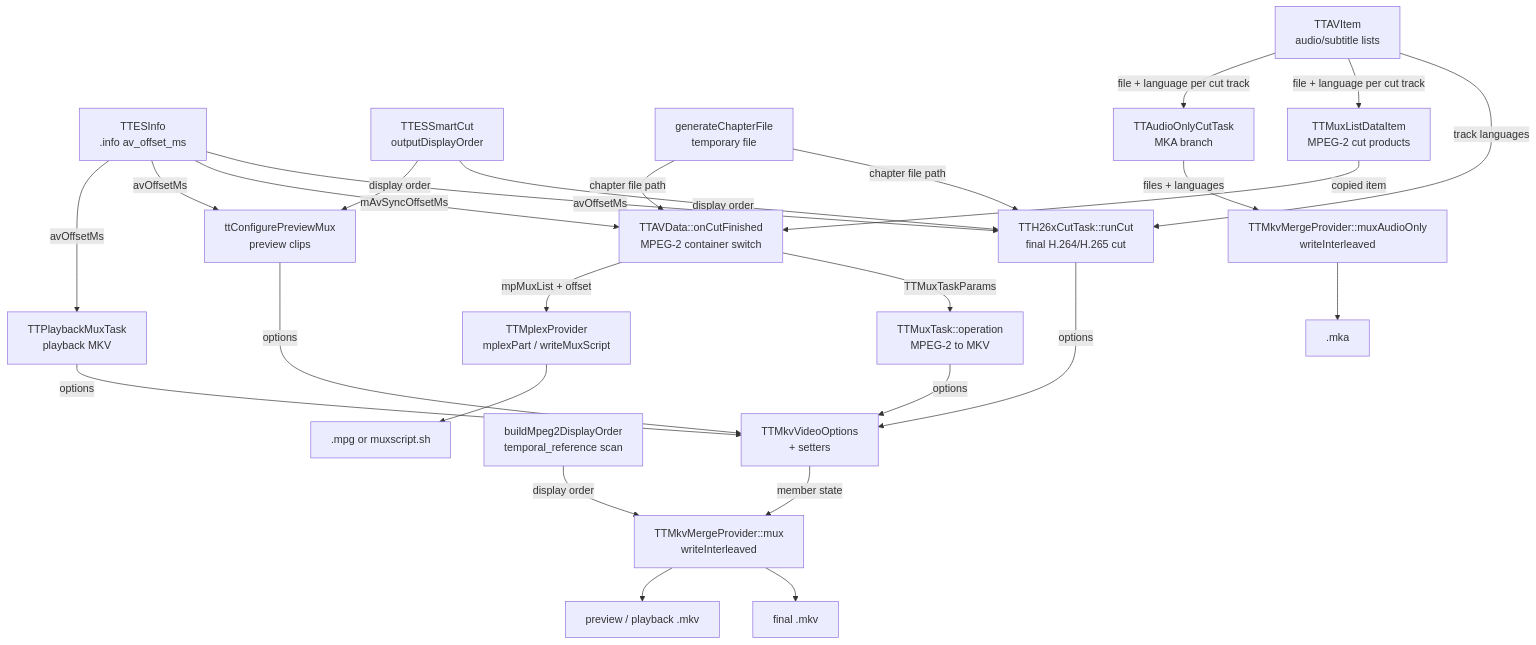
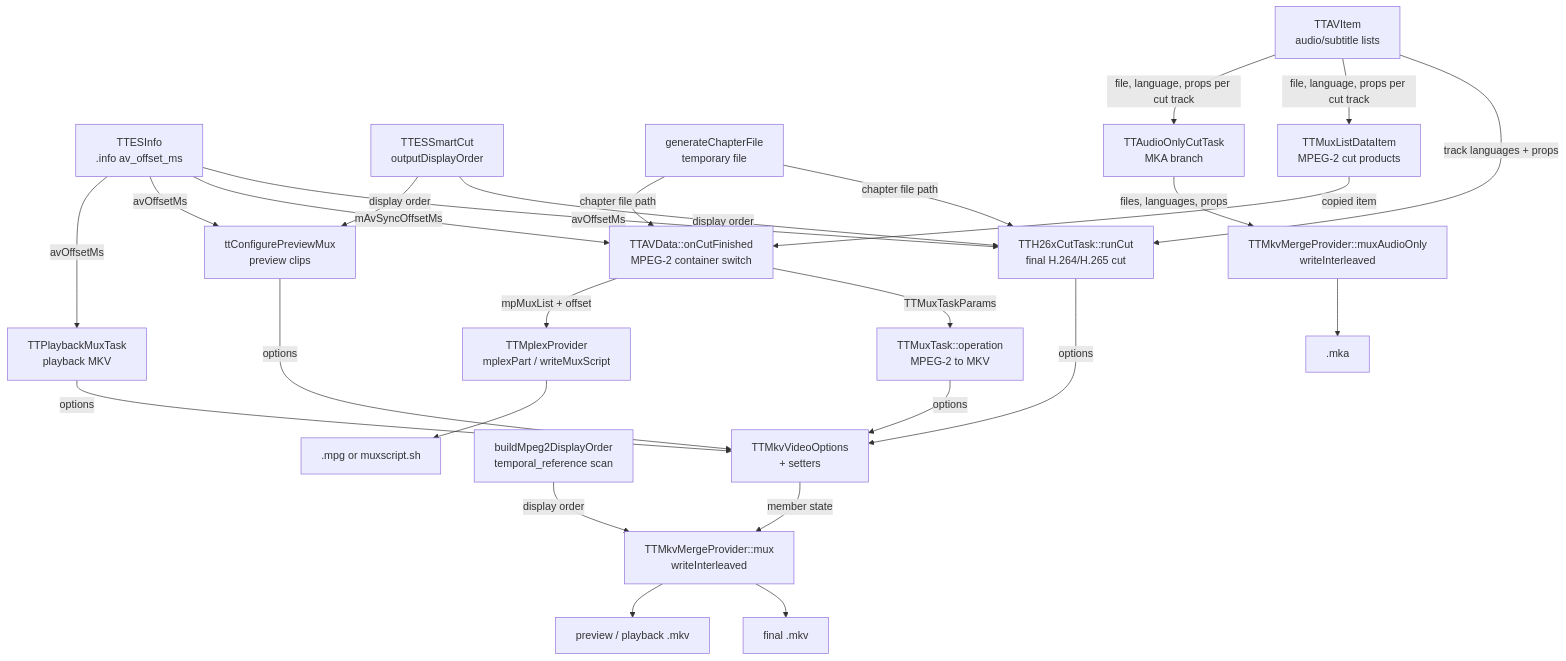
Before and after one commit to MINIXJR/TTCut-ng: the diagram in docs/code-map/output-mux.md, drawn with Mermaid. The commit also changed other lines of this file and 6 other files, not shown here.

````diff
--- a/docs/code-map/output-mux.md
+++ b/docs/code-map/output-mux.md
@@ -52,49 +53,49 @@
 ```mermaid
 flowchart TD
   INFO["TTESInfo<br/>.info av_offset_ms"]
   AVI["TTAVItem<br/>audio/subtitle lists"]
   SC["TTESSmartCut<br/>outputDisplayOrder"]
   CHAP["generateChapterFile<br/>temporary file"]
   MLI["TTMuxListDataItem<br/>MPEG-2 cut products"]
   AVD["TTAVData::onCutFinished<br/>MPEG-2 container switch"]
   H26X["TTH26xCutTask::runCut<br/>final H.264/H.265 cut"]
   MUXT["TTMuxTask::operation<br/>MPEG-2 to MKV"]
   PREV["ttConfigurePreviewMux<br/>preview clips"]
   PLAY["TTPlaybackMuxTask<br/>playback MKV"]
   AONLY["TTAudioOnlyCutTask<br/>MKA branch"]
   CFG["TTMkvVideoOptions<br/>+ setters"]
   M2O["buildMpeg2DisplayOrder<br/>temporal_reference scan"]
   MUX["TTMkvMergeProvider::mux<br/>writeInterleaved"]
   MAO["TTMkvMergeProvider::muxAudioOnly<br/>writeInterleaved"]
   MPLEX["TTMplexProvider<br/>mplexPart / writeMuxScript"]
   MKV["final .mkv"]
   PMKV["preview / playback .mkv"]
   MKA[".mka"]
   MPG[".mpg or muxscript.sh"]
 
   INFO -->|avOffsetMs| H26X
   INFO -->|mAvSyncOffsetMs| AVD
   INFO -->|avOffsetMs| PREV
   INFO -->|avOffsetMs| PLAY
-  AVI -->|track languages| H26X
-  AVI -->|file + language per cut track| MLI
-  AVI -->|file + language per cut track| AONLY
+  AVI -->|track languages + props| H26X
+  AVI -->|file, language, props per cut track| MLI
+  AVI -->|file, language, props per cut track| AONLY
   SC -->|display order| H26X
   SC -->|display order| PREV
   CHAP -->|chapter file path| H26X
   CHAP -->|chapter file path| AVD
   MLI -->|copied item| AVD
   AVD -->|TTMuxTaskParams| MUXT
   AVD -->|mpMuxList + offset| MPLEX
   H26X -->|options| CFG
   MUXT -->|options| CFG
   PREV -->|options| CFG
   PLAY -->|options| CFG
   CFG -->|member state| MUX
   M2O -->|display order| MUX
   MUX --> MKV
   MUX --> PMKV
-  AONLY -->|files + languages| MAO
+  AONLY -->|files, languages, props| MAO
   MAO --> MKA
   MPLEX --> MPG
 ```
````
